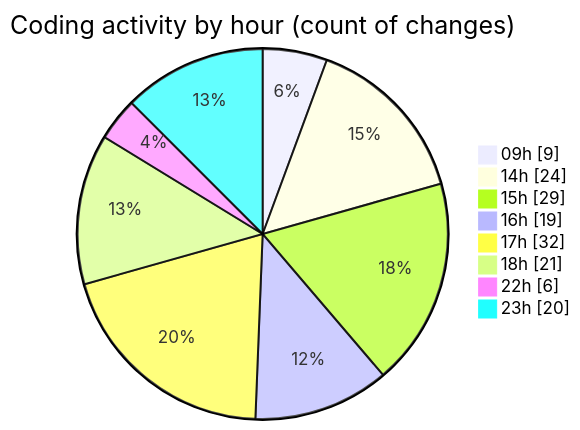
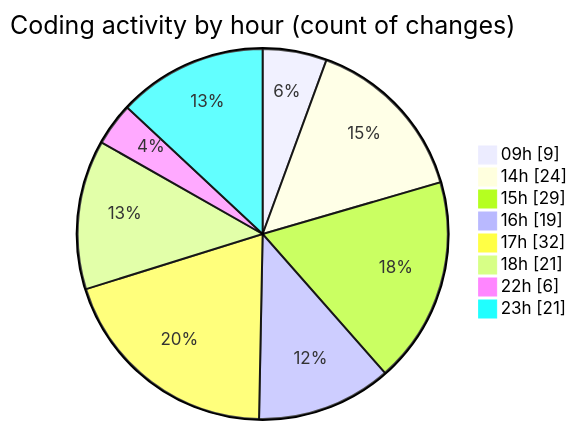
The second of 2 diagrams in 2025-11-25/eventscop-frontend-guide__workspace_/README.md (julien-gomy/code-tracking), drawn with Mermaid before and after one commit. The commit also changed other lines of this file and 1 other file, not shown here.

````diff
--- a/2025-11-25/eventscop-frontend-guide__workspace_/README.md
+++ b/2025-11-25/eventscop-frontend-guide__workspace_/README.md
@@ -58,12 +58,12 @@
 ```mermaid
 pie showData
 title Coding activity by hour (count of changes)
 "09h" : 9
 "14h" : 24
 "15h" : 29
 "16h" : 19
 "17h" : 32
 "18h" : 21
 "22h" : 6
-"23h" : 20
+"23h" : 21
 ```
````
